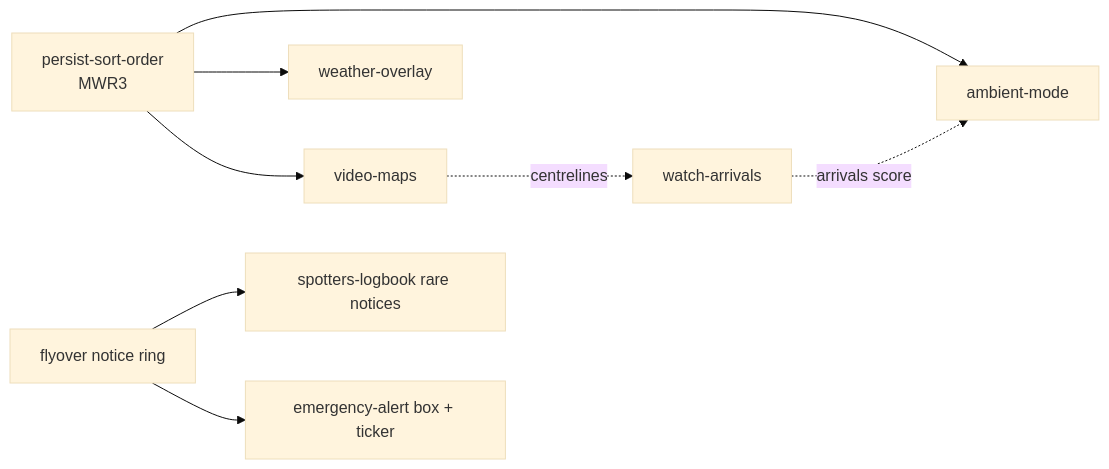
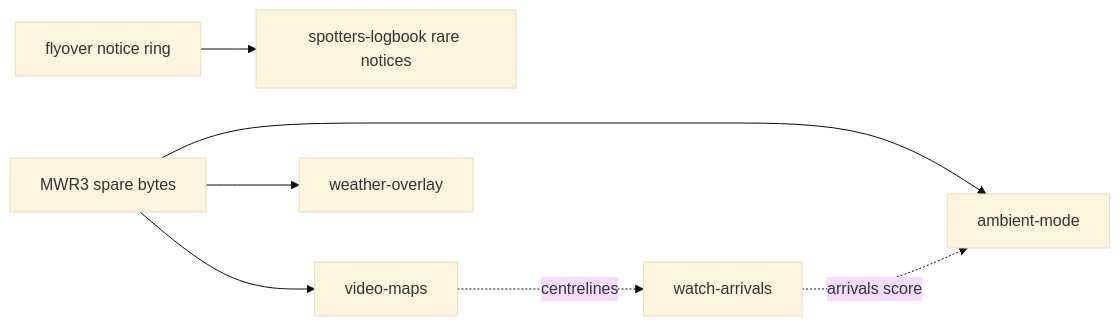
Before and after one commit to jfryman/mega-wifi-radar: the diagram in lode/plans/ideas/summary.md, drawn with Mermaid (base theme). The commit also changed other lines of this file and 38 other files, not shown here.

First line of the commit message:
Emergency alert, remembered radar settings (MWR3), real sky in cockpit mode

````diff
--- a/lode/plans/ideas/summary.md
+++ b/lode/plans/ideas/summary.md
@@ -22,10 +20,9 @@
 ```mermaid
 flowchart LR
-  MWR3[persist-sort-order<br/>MWR3] --> AMB[ambient-mode]
-  MWR3 --> WX[weather-overlay]
-  MWR3 --> MAP[video-maps]
-  ARR[watch-arrivals] -. arrivals score .-> AMB
-  MAP -. centrelines .-> ARR
+  ARR[watch-arrivals] -. arrivals score .-> AMB[ambient-mode]
+  MAP[video-maps] -. centrelines .-> ARR
   NOT[flyover notice ring] --> LOG[spotters-logbook rare notices]
-  NOT --> EMG[emergency-alert box + ticker]
+  CFG[MWR3 spare bytes] --> AMB
+  CFG --> WX[weather-overlay]
+  CFG --> MAP
 ```
````
